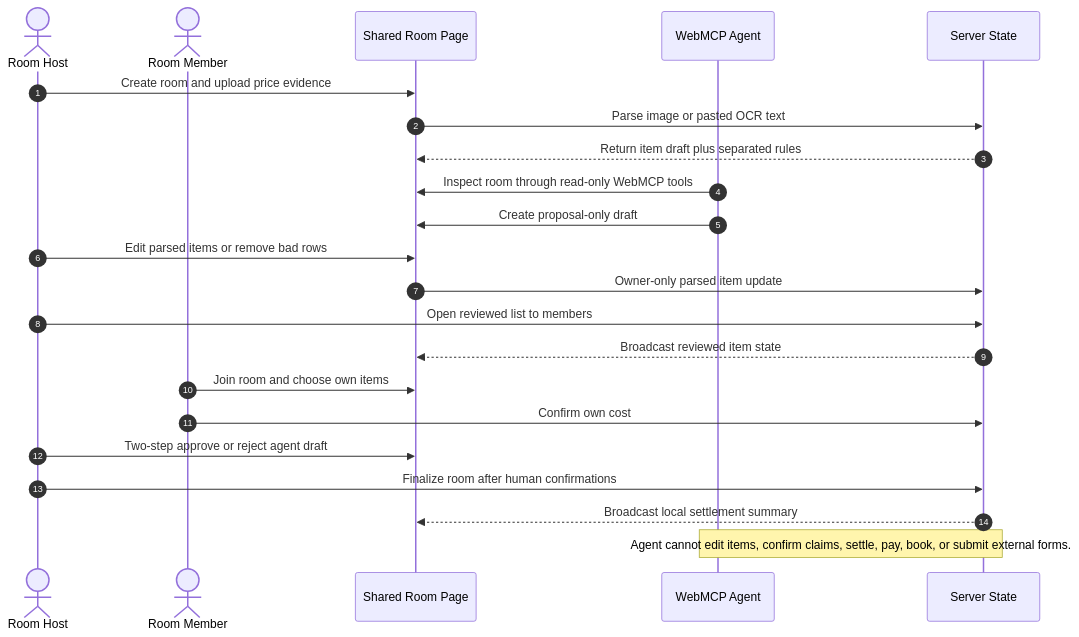
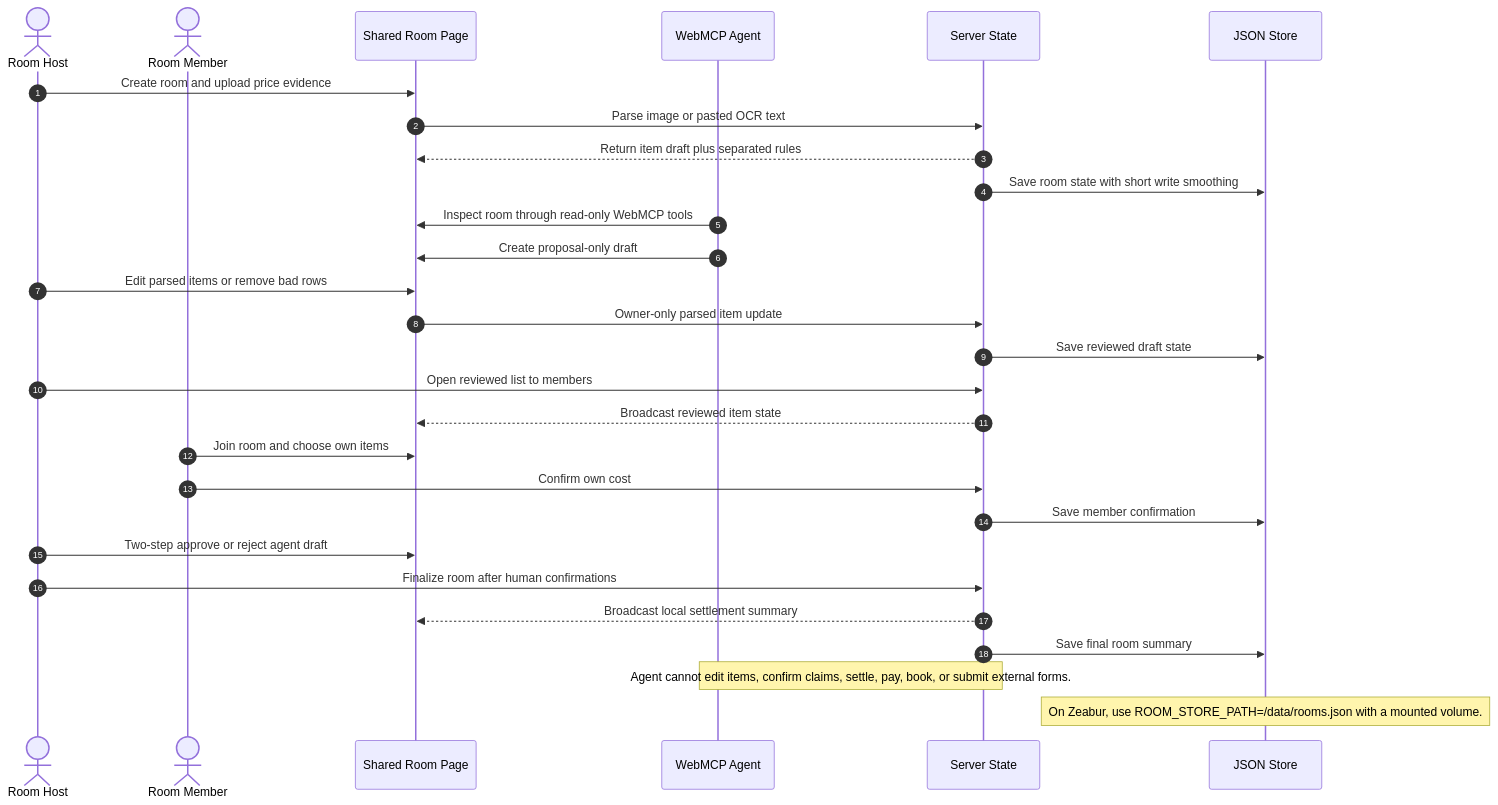
The first of 2 diagrams in README.md (jiarong0423/shared-room-mcp), drawn with Mermaid before and after one commit. The commit also changed other lines of this file and 6 other files, not shown here.

Commit message:
Align submission diagrams and export manifest

````diff
--- a/README.md
+++ b/README.md
@@ -164,26 +164,32 @@
 ```mermaid
 sequenceDiagram
   autonumber
   actor Host as Room Host
   actor Member as Room Member
   participant Page as Shared Room Page
   participant Agent as WebMCP Agent
   participant Server as Server State
+  participant Store as JSON Store
 
   Host->>Page: Create room and upload price evidence
   Page->>Server: Parse image or pasted OCR text
   Server-->>Page: Return item draft plus separated rules
+  Server->>Store: Save room state with short write smoothing
   Agent->>Page: Inspect room through read-only WebMCP tools
   Agent->>Page: Create proposal-only draft
   Host->>Page: Edit parsed items or remove bad rows
   Page->>Server: Owner-only parsed item update
+  Server->>Store: Save reviewed draft state
   Host->>Server: Open reviewed list to members
   Server-->>Page: Broadcast reviewed item state
   Member->>Page: Join room and choose own items
   Member->>Server: Confirm own cost
+  Server->>Store: Save member confirmation
   Host->>Page: Two-step approve or reject agent draft
   Host->>Server: Finalize room after human confirmations
   Server-->>Page: Broadcast local settlement summary
+  Server->>Store: Save final room summary
 
   Note over Agent,Server: Agent cannot edit items, confirm claims, settle, pay, book, or submit external forms.
+  Note over Store: On Zeabur, use ROOM_STORE_PATH=/data/rooms.json with a mounted volume.
 ```
````
